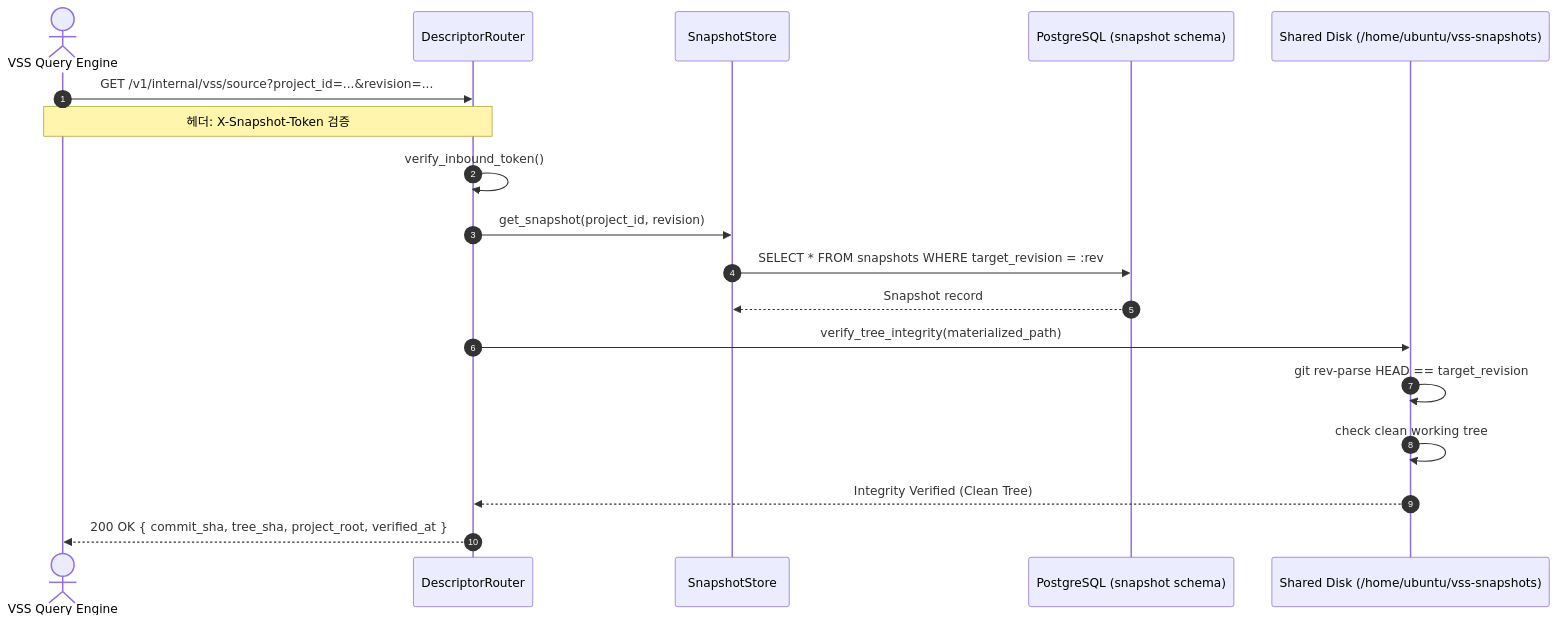
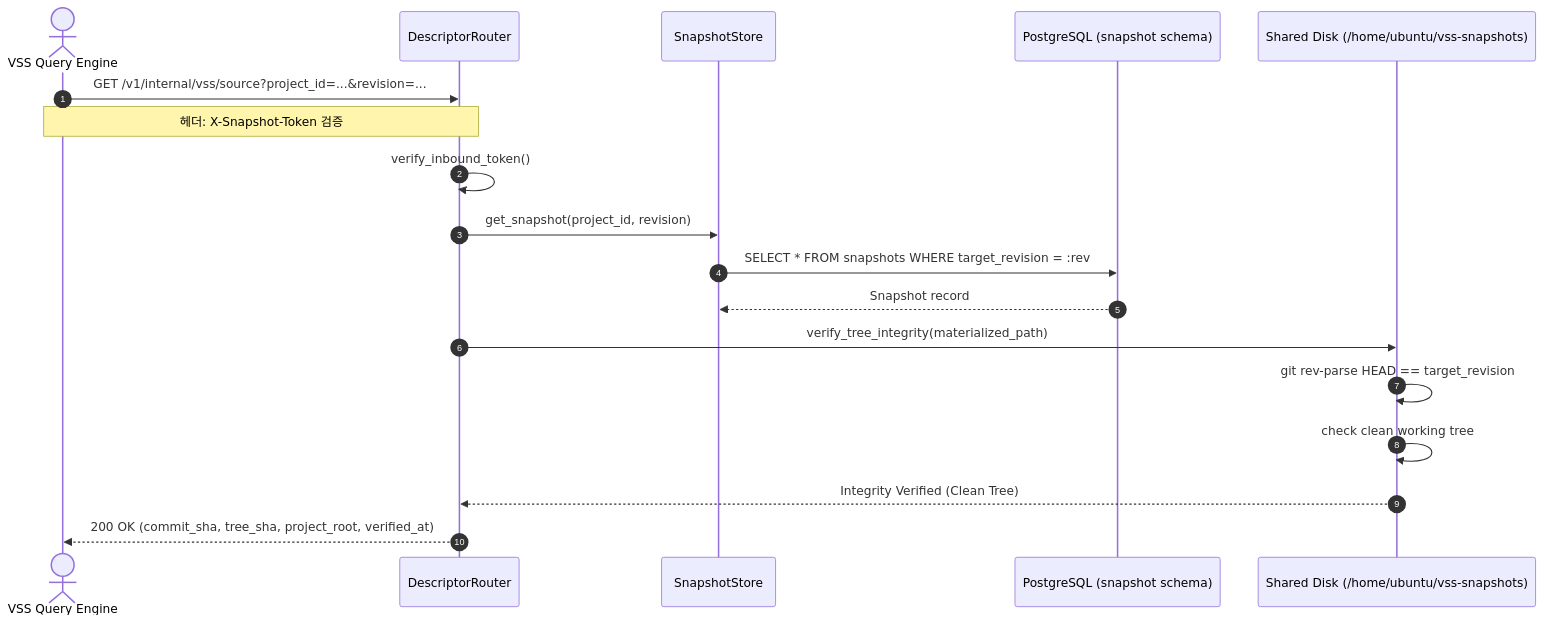
The fourth of 5 diagrams in module/README.md (h5vision/vss_server), drawn with Mermaid before and after one commit. The commit also changed other lines of this file, not shown here.

Commit message:
docs(readme): README.md 2.2 컴포넌트 Mermaid 다이어그램 구문 오류 수정 및 최신화

````diff
--- a/module/README.md
+++ b/module/README.md
@@ -231,21 +252,21 @@
 ```mermaid
 sequenceDiagram
     autonumber
     actor VSS as VSS Query Engine
     participant Router as DescriptorRouter
     participant Store as SnapshotStore
     participant DB as PostgreSQL (snapshot schema)
     participant FS as Shared Disk (/home/ubuntu/vss-snapshots)
 
     VSS->>Router: GET /v1/internal/vss/source?project_id=...&revision=...
     Note over VSS,Router: 헤더: X-Snapshot-Token 검증
     Router->>Router: verify_inbound_token()
     Router->>Store: get_snapshot(project_id, revision)
     Store->>DB: SELECT * FROM snapshots WHERE target_revision = :rev
     DB-->>Store: Snapshot record
     Router->>FS: verify_tree_integrity(materialized_path)
     FS->>FS: git rev-parse HEAD == target_revision
     FS->>FS: check clean working tree
     FS-->>Router: Integrity Verified (Clean Tree)
-    Router-->>VSS: 200 OK { commit_sha, tree_sha, project_root, verified_at }
+    Router-->>VSS: 200 OK (commit_sha, tree_sha, project_root, verified_at)
 ```
````
